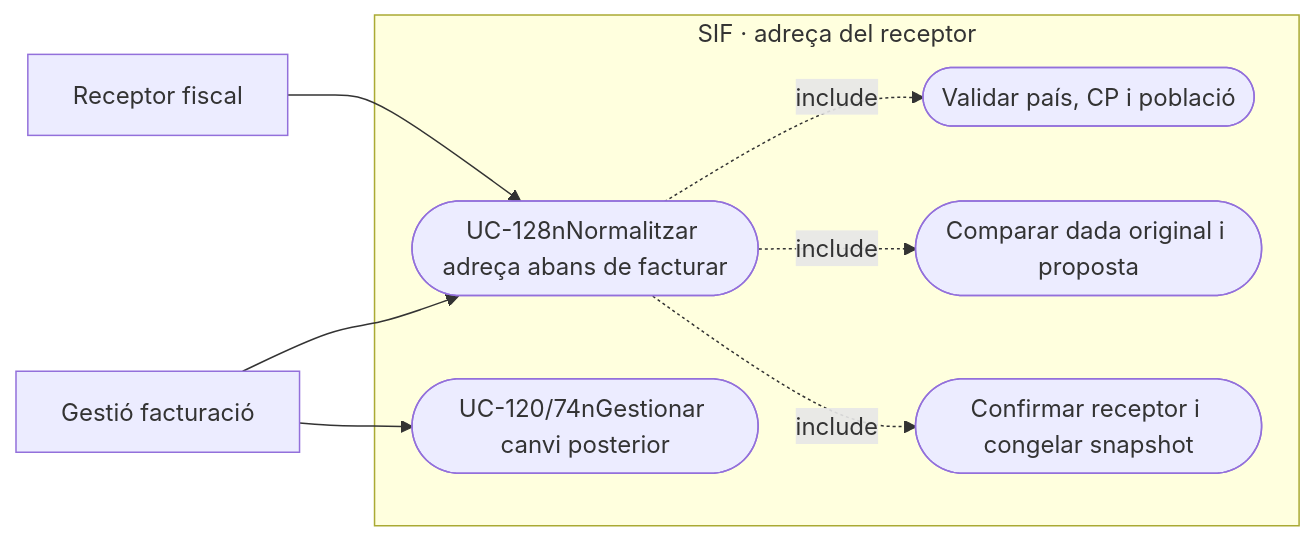
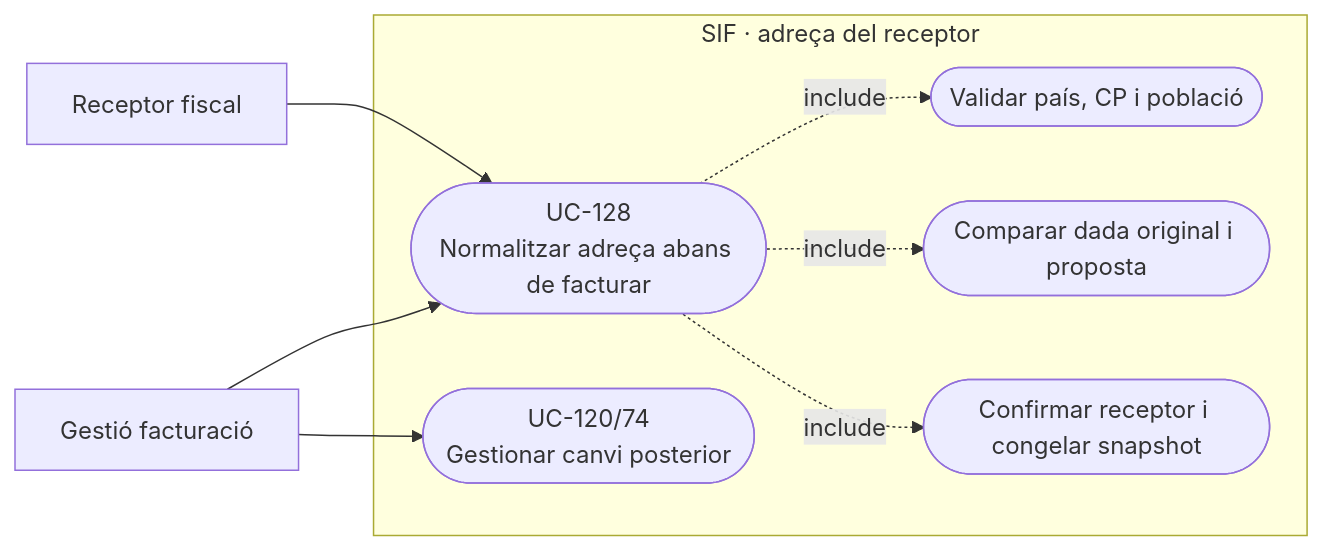
Before and after one commit to orgmeriemprismacat-del/verifactu: the second of 4 diagrams in documentacio/07-uml-integrat/uc-128-normalitzar-adreca-cp-poblacio-abans-factura.md, drawn with Mermaid.

Commit message:
docs(uml): corregir salts Mermaid UC-128

````diff
--- a/documentacio/07-uml-integrat/uc-128-normalitzar-adreca-cp-poblacio-abans-factura.md
+++ b/documentacio/07-uml-integrat/uc-128-normalitzar-adreca-cp-poblacio-abans-factura.md
@@ -91,18 +91,18 @@
 ```mermaid
 flowchart LR
   a_0["Receptor fiscal"]
   a_1["Gestió facturació"]
   subgraph SIF_BOUNDARY["SIF · adreça del receptor"]
-    u_0(["UC-128nNormalitzar adreça abans de facturar"])
+    u_0(["UC-128<br/>Normalitzar adreça abans de facturar"])
     u_1(["Validar país, CP i població"])
     u_2(["Comparar dada original i proposta"])
     u_3(["Confirmar receptor i congelar snapshot"])
-    u_4(["UC-120/74nGestionar canvi posterior"])
+    u_4(["UC-120/74<br/>Gestionar canvi posterior"])
   end
   a_0 --> u_0
   a_1 --> u_0
   u_0 -.->|include| u_1
   u_0 -.->|include| u_2
   u_0 -.->|include| u_3
   a_1 --> u_4
 ```
````
